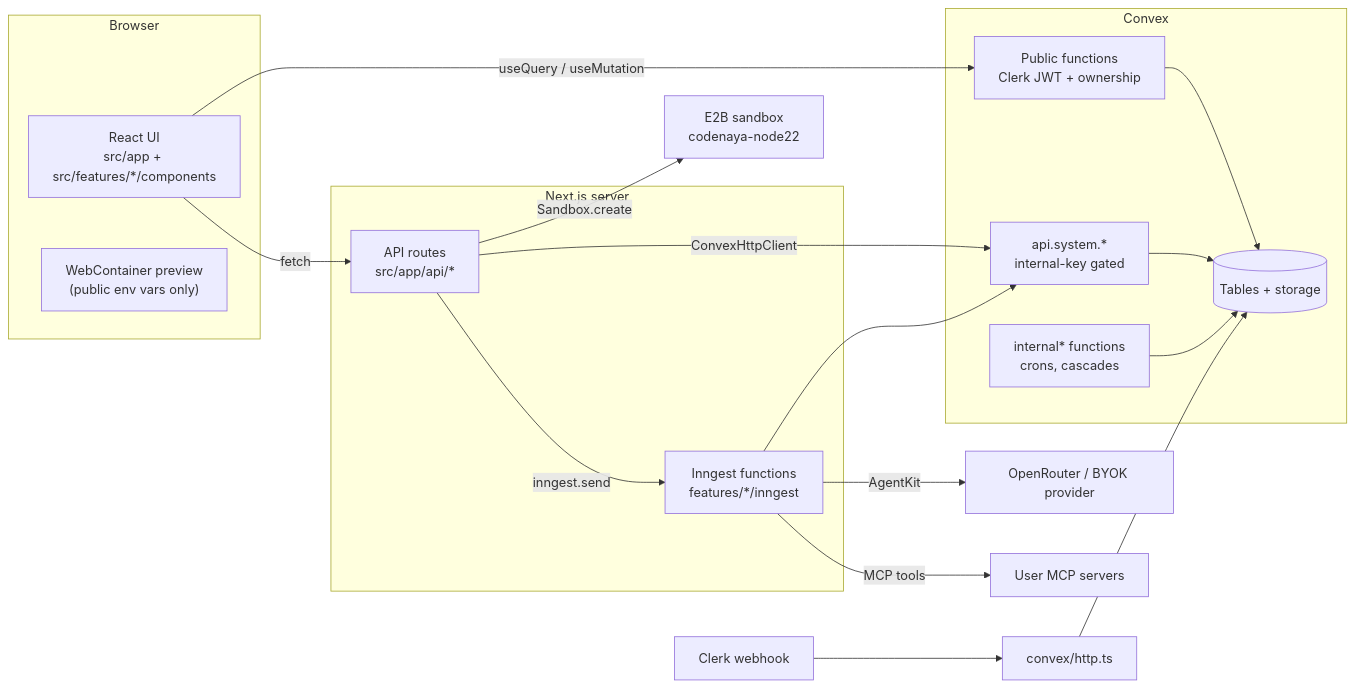
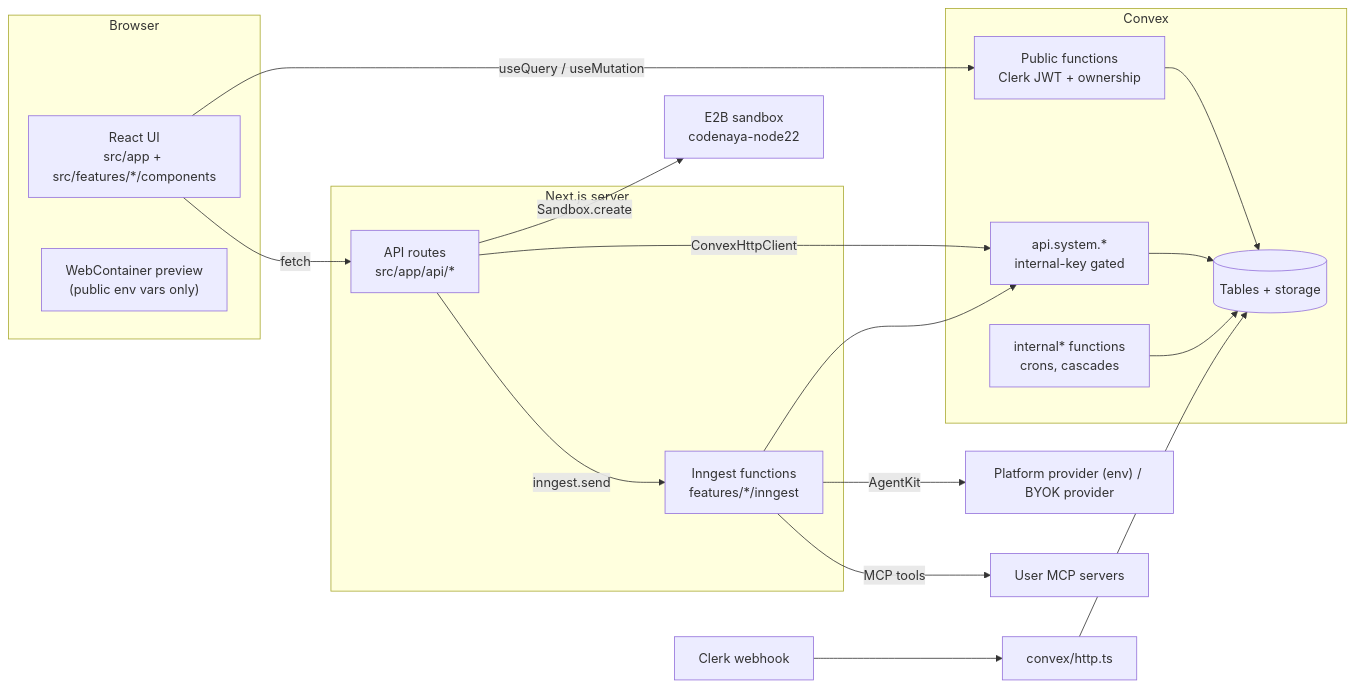
One commit to EroNiiChan/codenaya changed the diagram in docs/ENGINEERING.md. Above: the diagram before and after it, drawn with Mermaid. The commit also changed other lines of this file and 55 other files, not shown here.

First line of the commit message:
feat(ai): choose the platform AI provider by env, add Groq, retire the Workflow backend

````diff
--- a/docs/ENGINEERING.md
+++ b/docs/ENGINEERING.md
@@ -14,33 +14,33 @@
 ```mermaid
 flowchart LR
   subgraph Browser
     UI["React UI<br/>src/app + src/features/*/components"]
     WC["WebContainer preview<br/>(public env vars only)"]
   end
 
   subgraph Next["Next.js server"]
     API["API routes<br/>src/app/api/*"]
     ING["Inngest functions<br/>features/*/inngest"]
   end
 
   subgraph Convex
     PUB["Public functions<br/>Clerk JWT + ownership"]
     SYS["api.system.*<br/>internal-key gated"]
     INT["internal* functions<br/>crons, cascades"]
     DB[(Tables + storage)]
   end
 
   UI -- "useQuery / useMutation" --> PUB
   UI -- "fetch" --> API
   API -- "ConvexHttpClient" --> SYS
   API -- "inngest.send" --> ING
   ING --> SYS
-  ING -- "AgentKit" --> OR["OpenRouter / BYOK provider"]
+  ING -- "AgentKit" --> OR["Platform provider (env) / BYOK provider"]
   ING -- "MCP tools" --> MCP["User MCP servers"]
   API -- "Sandbox.create" --> E2B["E2B sandbox<br/>codenaya-node22"]
   CLERK["Clerk webhook"] --> HTTP["convex/http.ts"]
   PUB --> DB
   SYS --> DB
   INT --> DB
   HTTP --> DB
 ```
````
